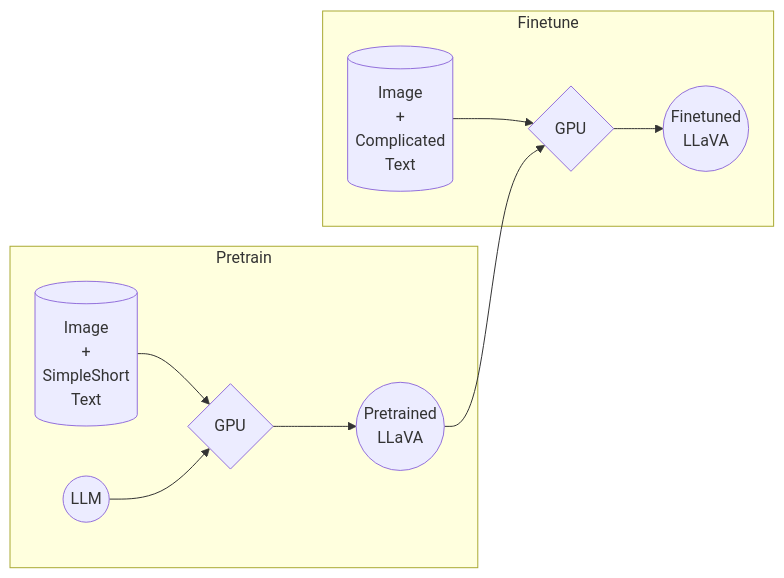
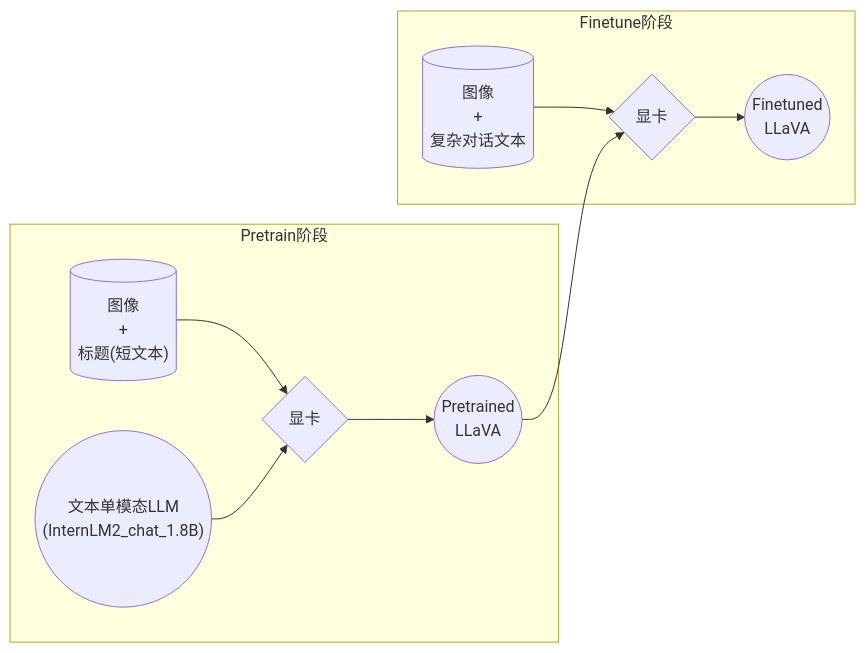
Before and after one commit to InternLM/Tutorial: the fifth of 5 diagrams in xtuner/llava/xtuner_llava.md, drawn with Mermaid. The commit also changed other lines of this file, not shown here.

Commit message:
flowchart to chinese

````diff
--- a/xtuner/llava/xtuner_llava.md
+++ b/xtuner/llava/xtuner_llava.md
@@ -89,14 +91,14 @@
 ```mermaid
 flowchart LR;
-    subgraph Pretrain
-    a[("Image<br>+<br>SimpleShort<br>Text")] --> b{GPU}
-    c((LLM)) --> b
+    subgraph Pretrain阶段
+    a[("图像<br>+<br>标题(短文本)")] --> b{显卡}
+    c(("文本单模态LLM<br>(InternLM2_chat_1.8B)")) --> b
     b --> d((Pretrained<br>LLaVA))
     end
 
-    subgraph Finetune
-    f[("Image<br>+<br>Complicated<br>Text")] --> g{GPU}
+    subgraph Finetune阶段
+    f[("图像<br>+<br>复杂对话文本")] --> g{显卡}
     d --> g
     g --> i((Finetuned<br>LLaVA))
     end
 ```
````
